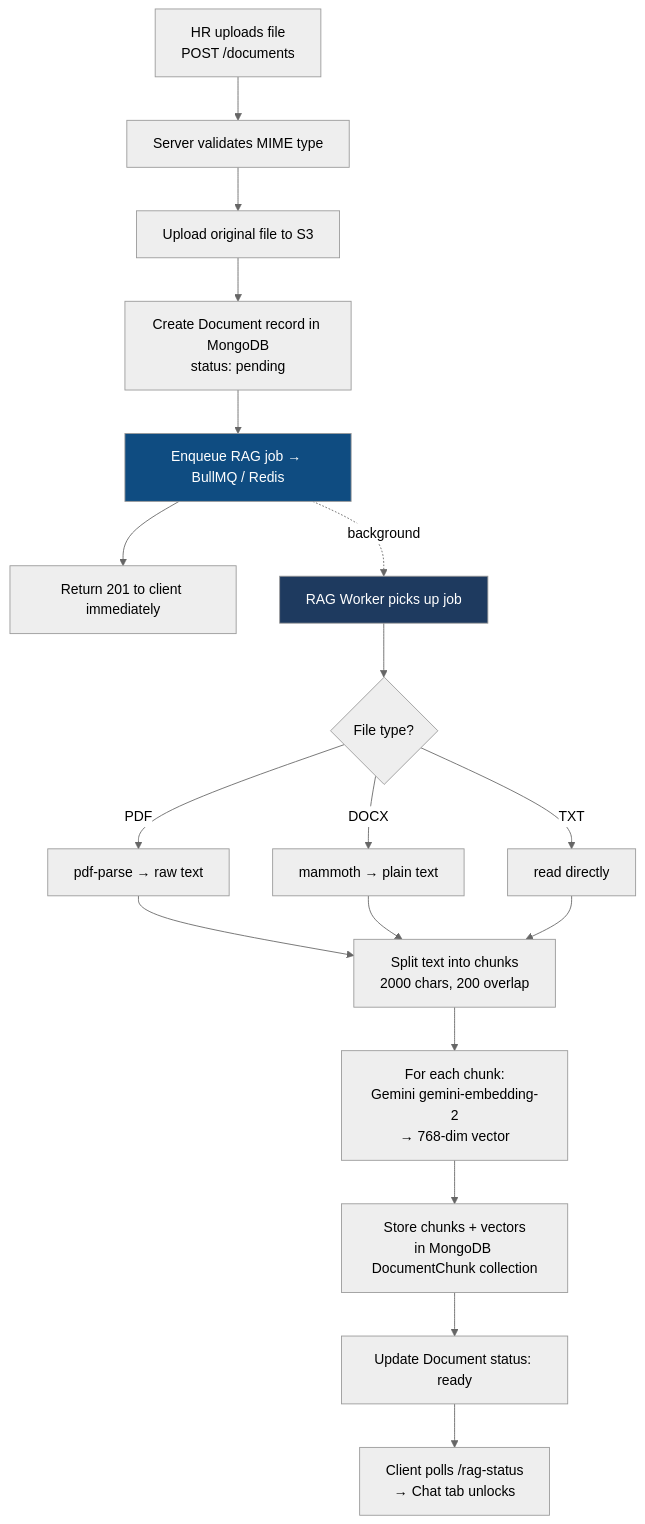
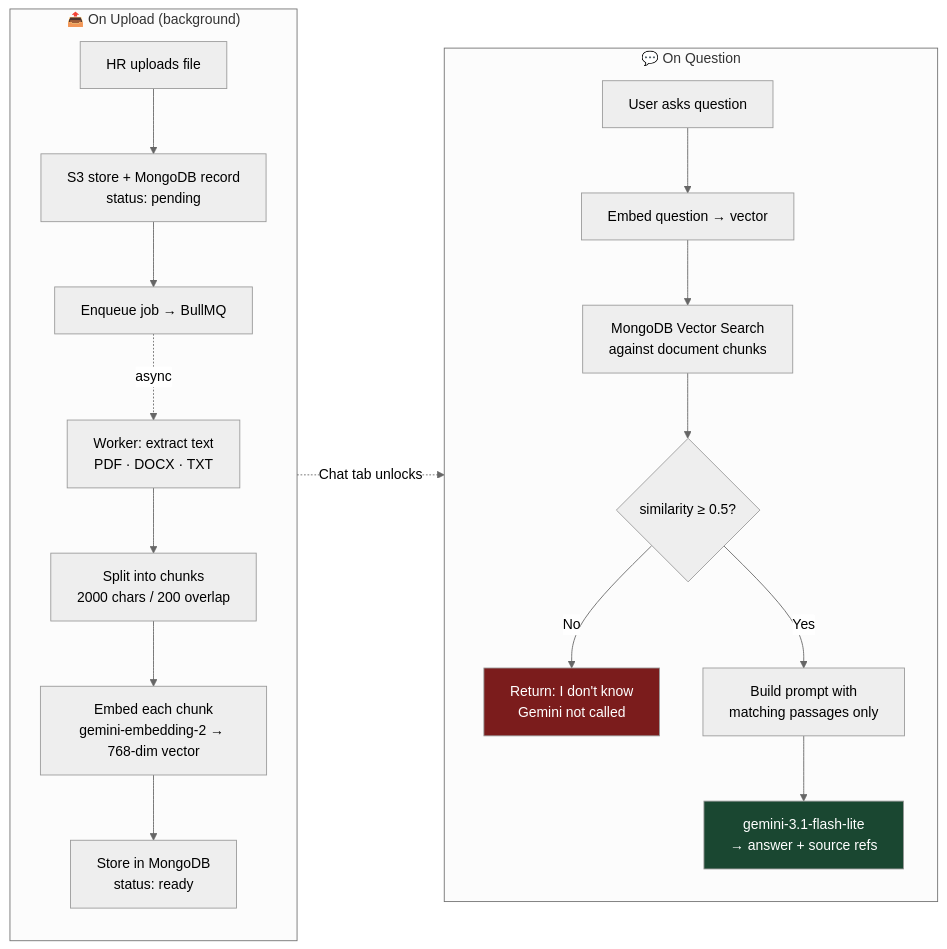
One commit to venunisandhan/DocuSense changed the third of 4 diagrams in README.md. Above: the diagram before and after it, drawn with Mermaid (neutral theme). The commit also changed other lines of this file, not shown here.

Commit message:
docs: trim README to 4 essential diagrams

````diff
--- a/README.md
+++ b/README.md
@@ -165,23 +119,27 @@
 ```mermaid
-flowchart TD
-    A["HR uploads file\nPOST /documents"] --> B["Server validates MIME type"]
-    B --> C["Upload original file to S3"]
-    C --> D["Create Document record in MongoDB\nstatus: pending"]
-    D --> E["Enqueue RAG job → BullMQ / Redis"]
-    E --> F["Return 201 to client immediately"]
+flowchart LR
+    subgraph Upload["📤 On Upload (background)"]
+        direction TB
+        A["HR uploads file"] --> B["S3 store + MongoDB record\nstatus: pending"]
+        B --> C["Enqueue job → BullMQ"]
+        C -.->|async| D["Worker: extract text\nPDF · DOCX · TXT"]
+        D --> E["Split into chunks\n2000 chars / 200 overlap"]
+        E --> F["Embed each chunk\ngemini-embedding-2 → 768-dim vector"]
+        F --> G["Store in MongoDB\nstatus: ready"]
+    end
 
-    E -.->|"background"| G["RAG Worker picks up job"]
-    G --> H{"File type?"}
-    H -->|"PDF"| I["pdf-parse → raw text"]
-    H -->|"DOCX"| J["mammoth → plain text"]
-    H -->|"TXT"| K["read directly"]
+    subgraph Chat["💬 On Question"]
+        direction TB
+        H["User asks question"] --> I["Embed question → vector"]
+        I --> J["MongoDB Vector Search\nagainst document chunks"]
+        J --> K{"similarity ≥ 0.5?"}
+        K -->|No| L["Return: I don't know\nGemini not called"]
+        K -->|Yes| M["Build prompt with\nmatching passages only"]
+        M --> N["gemini-3.1-flash-lite\n→ answer + source refs"]
+    end
 
-    I & J & K --> L["Split text into chunks\n2000 chars, 200 overlap"]
-    L --> M["For each chunk:\nGemini gemini-embedding-2\n→ 768-dim vector"]
-    M --> N["Store chunks + vectors\nin MongoDB DocumentChunk collection"]
-    N --> O["Update Document status: ready"]
-    O --> P["Client polls /rag-status\n→ Chat tab unlocks"]
+    G -.->|"Chat tab unlocks"| H
 
-    style G fill:#1e3a5f,color:#fff
-    style E fill:#0f4c81,color:#fff
+    style L fill:#7b1c1c,color:#fff
+    style N fill:#1a4731,color:#fff
 ```
````
